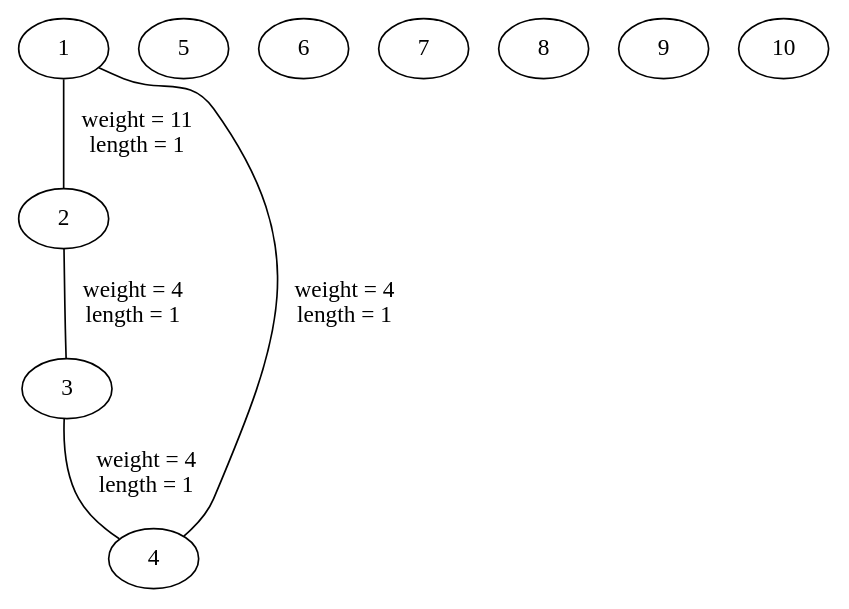
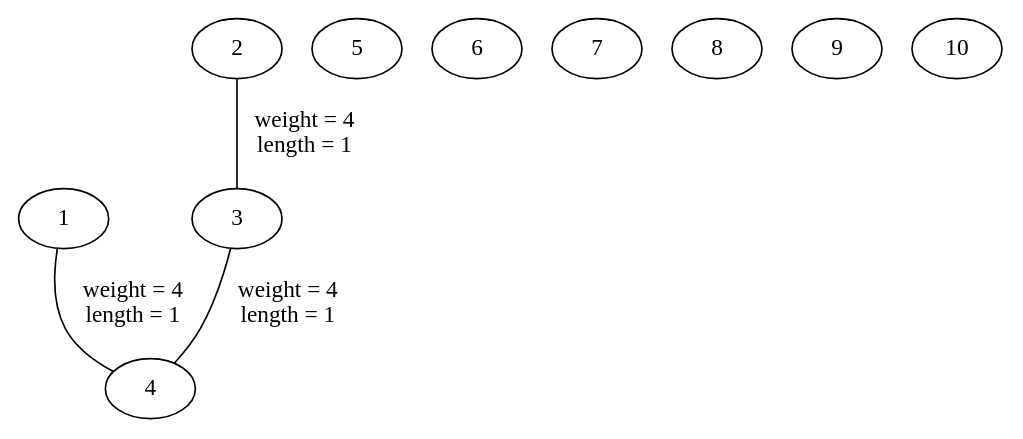
One commit to adam-elbernoussi/ENSAE-S2-IT-project changed the diagram in graph_viz_output/Graph.gv. Above: the diagram before and after it, drawn with Graphviz. The commit also changed 2 other files, not shown here.

```diff
--- a/graph_viz_output/Graph.gv
+++ b/graph_viz_output/Graph.gv
@@ -1,22 +1,20 @@
 // Graph visualisation
 graph "Graph" {
 	graph [concentrate=True]
 	1
 	2
 	3
 	4
 	5
 	6
 	7
 	8
 	9
 	10
-	1 -- 2 [label="weight = 11
- length = 1" weight=11]
 	1 -- 4 [label="weight = 4
  length = 1" weight=4]
 	2 -- 3 [label="weight = 4
  length = 1" weight=4]
 	3 -- 4 [label="weight = 4
  length = 1" weight=4]
 }
```
